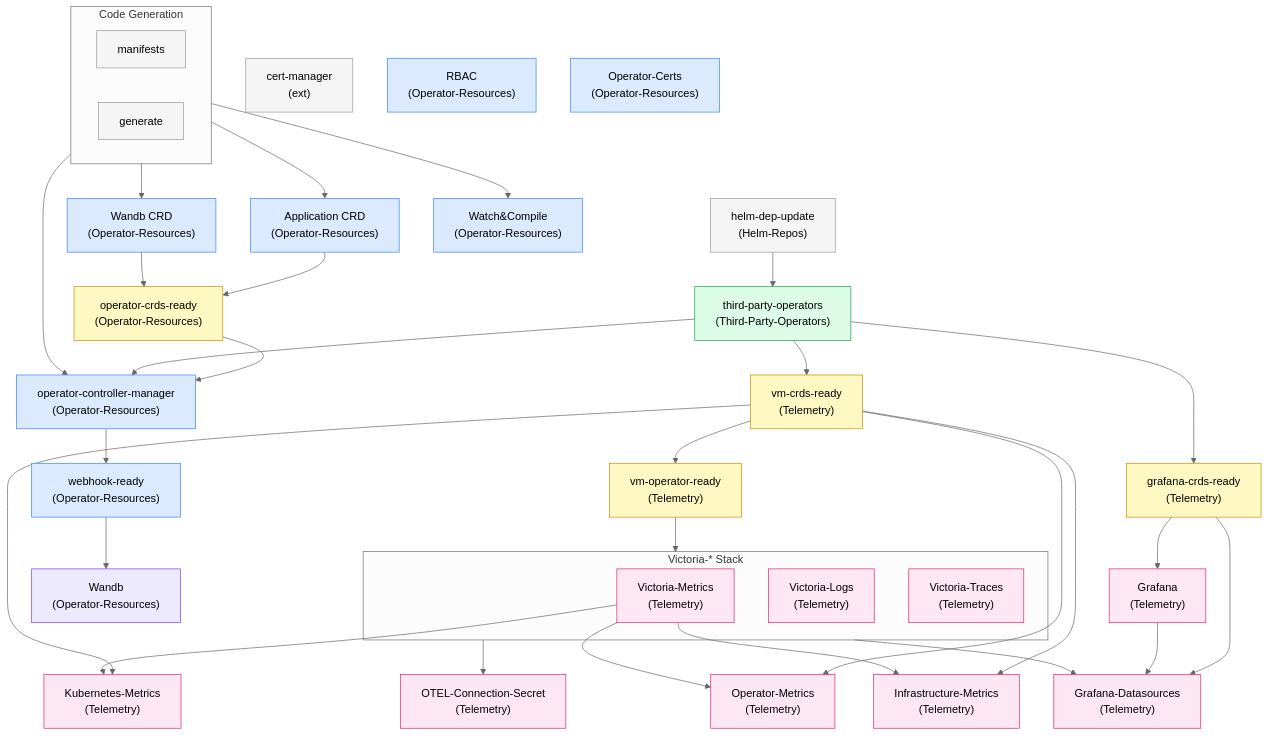
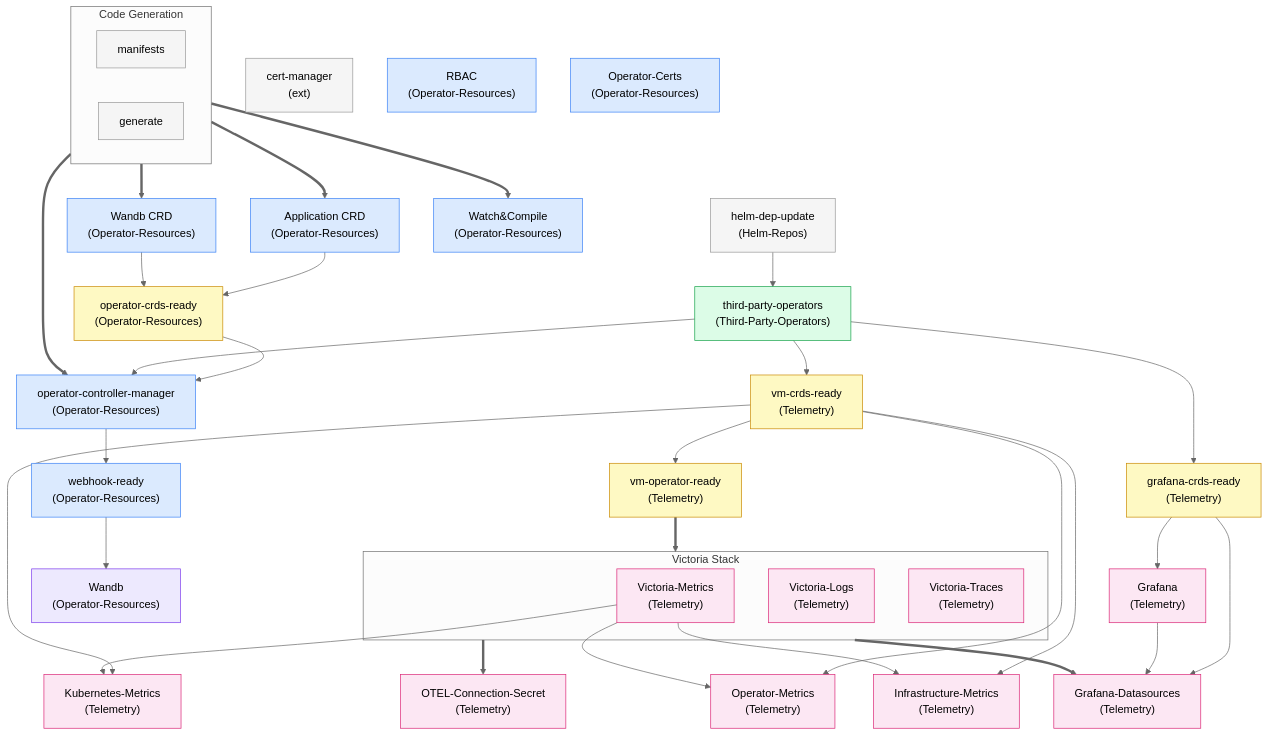
The diagram in docs/design/wandb_v2/tilt.md (wandb/operator), drawn with Mermaid (neutral theme) before and after one commit.

Commit message:
docs: rename Victoria Stack and use thick arrows for subgraph edges

```diff
--- a/docs/design/wandb_v2/tilt.md
+++ b/docs/design/wandb_v2/tilt.md
@@ -24,8 +24,8 @@
     wandb_crd["Wandb CRD\n(Operator-Resources)"]
     rbac["RBAC\n(Operator-Resources)"]
     operator_certs["Operator-Certs\n(Operator-Resources)"]
-    codegen --> app_crd
-    codegen --> wandb_crd
+    codegen ==> app_crd
+    codegen ==> wandb_crd
 
     %% ── CRD Readiness Gate ─────────────────────────────────────────
     crds_ready["operator-crds-ready\n(Operator-Resources)"]
@@ -35,8 +35,8 @@
     %% ── Operator Controller ────────────────────────────────────────
     watch_compile["Watch&Compile\n(Operator-Resources)"]
     controller["operator-controller-manager\n(Operator-Resources)"]
-    codegen     --> watch_compile
-    codegen     --> controller
+    codegen     ==> watch_compile
+    codegen     ==> controller
     crds_ready  --> controller
     third_party --> controller
 
@@ -57,19 +57,19 @@
     vm_crds     --> vm_operator
 
     %% ── Victoria Metrics Stack ─────────────────────────────────────
-    subgraph victoria_stack["Victoria-* Stack"]
+    subgraph victoria_stack["Victoria Stack"]
         victoria_metrics["Victoria-Metrics\n(Telemetry)"]
         victoria_logs["Victoria-Logs\n(Telemetry)"]
         victoria_traces["Victoria-Traces\n(Telemetry)"]
     end
-    vm_operator --> victoria_stack
+    vm_operator ==> victoria_stack
 
     %% ── Telemetry Dependents ───────────────────────────────────────
     otel["OTEL-Connection-Secret\n(Telemetry)"]
     kube_metrics["Kubernetes-Metrics\n(Telemetry)"]
     op_metrics["Operator-Metrics\n(Telemetry)"]
     infra_metrics["Infrastructure-Metrics\n(Telemetry)"]
-    victoria_stack   --> otel
+    victoria_stack   ==> otel
     vm_crds          --> kube_metrics
     victoria_metrics --> kube_metrics
     vm_crds          --> op_metrics
@@ -83,7 +83,7 @@
     grafana_crds   --> grafana
     grafana_crds   --> grafana_ds
     grafana        --> grafana_ds
-    victoria_stack --> grafana_ds
+    victoria_stack ==> grafana_ds
 
     %% ── Styles ─────────────────────────────────────────────────────
     classDef bootstrap  fill:#f5f5f5,stroke:#999
```
